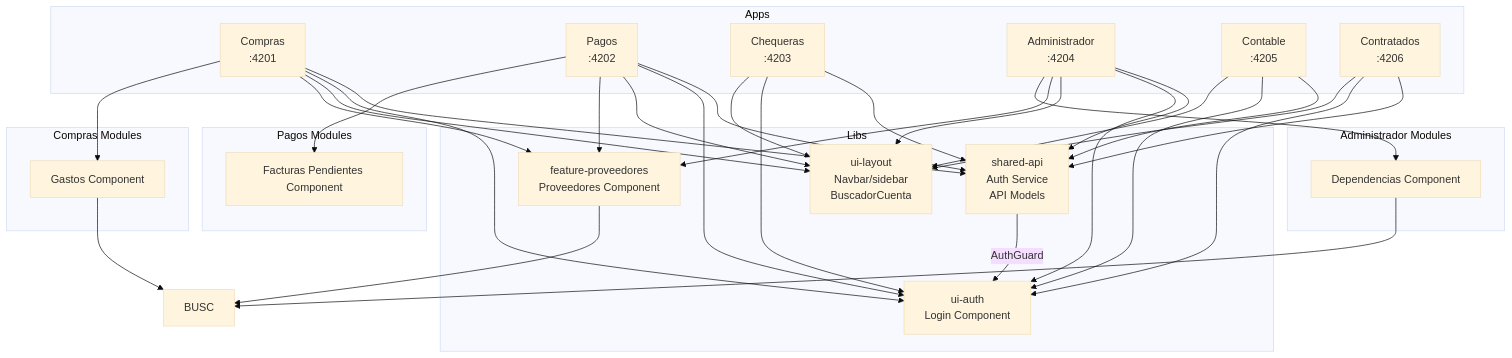
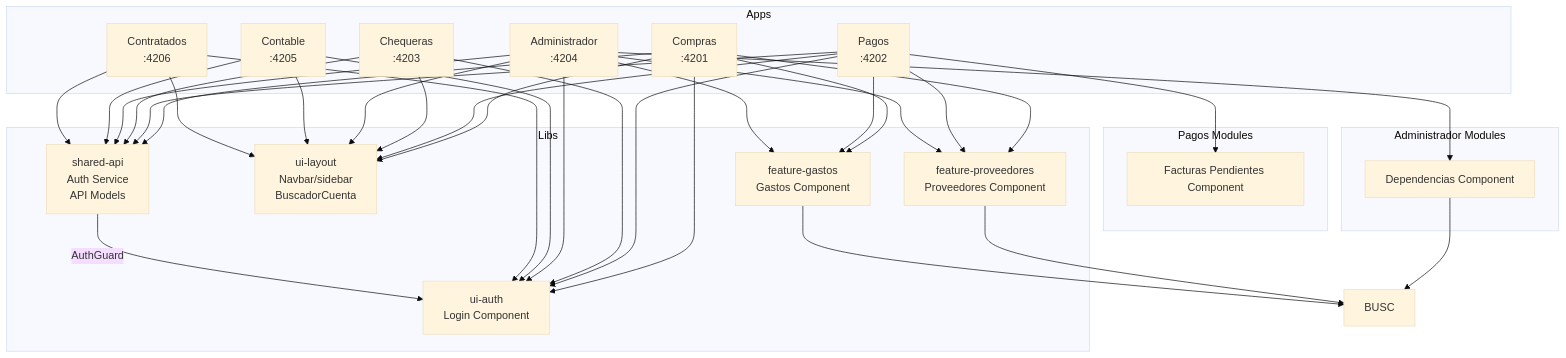
One commit to UM-services/UM.tesoreria.frontend-client changed the diagram in README.md. Above: the diagram before and after it, drawn with Mermaid (base theme). The commit also changed other lines of this file and 17 other files, not shown here.

First line of the commit message:
feat(feature-gastos): add shared Gastos library

````diff
--- a/README.md
+++ b/README.md
@@ -63,65 +64,64 @@
 ```mermaid
 graph TB
     subgraph Apps
         C[Compras<br/>:4201]
         P[Pagos<br/>:4202]
         Q[Chequeras<br/>:4203]
         A[Administrador<br/>:4204]
         CT[Contable<br/>:4205]
         CR[Contratados<br/>:4206]
-    end
-
-    subgraph "Compras Modules"
-        GAST[Gastos Component]
     end
 
     subgraph "Pagos Modules"
         FP[Facturas Pendientes Component]
     end
 
     subgraph "Administrador Modules"
         DEP[Dependencias Component]
     end
 
     subgraph Libs
         API[shared-api<br/>Auth Service<br/>API Models]
         AUTH[ui-auth<br/>Login Component]
         LAYOUT[ui-layout<br/>Navbar/sidebar<br/>BuscadorCuenta]
         FPROV[feature-proveedores<br/>Proveedores Component]
+        FGAST[feature-gastos<br/>Gastos Component]
     end
 
     C --> API
     C --> AUTH
     C --> LAYOUT
     C --> FPROV
-    C --> GAST
+    C --> FGAST
     FPROV --> BUSC
-    GAST --> BUSC
+    FGAST --> BUSC
 
     P --> API
     P --> AUTH
     P --> LAYOUT
     P --> FPROV
+    P --> FGAST
     P --> FP
 
     Q --> API
     Q --> AUTH
     Q --> LAYOUT
 
     A --> API
     A --> AUTH
     A --> LAYOUT
     A --> FPROV
+    A --> FGAST
     A --> DEP
     DEP --> BUSC
 
     CT --> API
     CT --> AUTH
     CT --> LAYOUT
 
     CR --> API
     CR --> AUTH
     CR --> LAYOUT
 
     API --> |AuthGuard| AUTH
 ```
````
